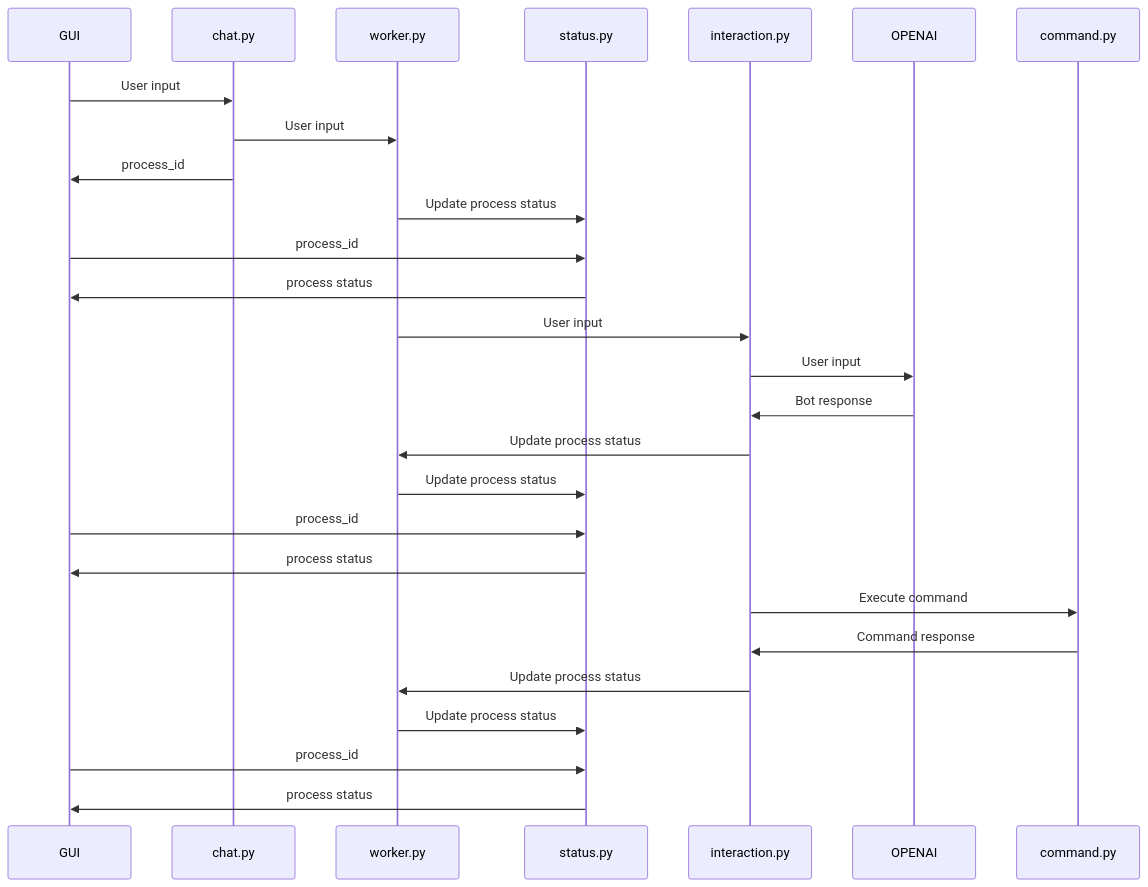
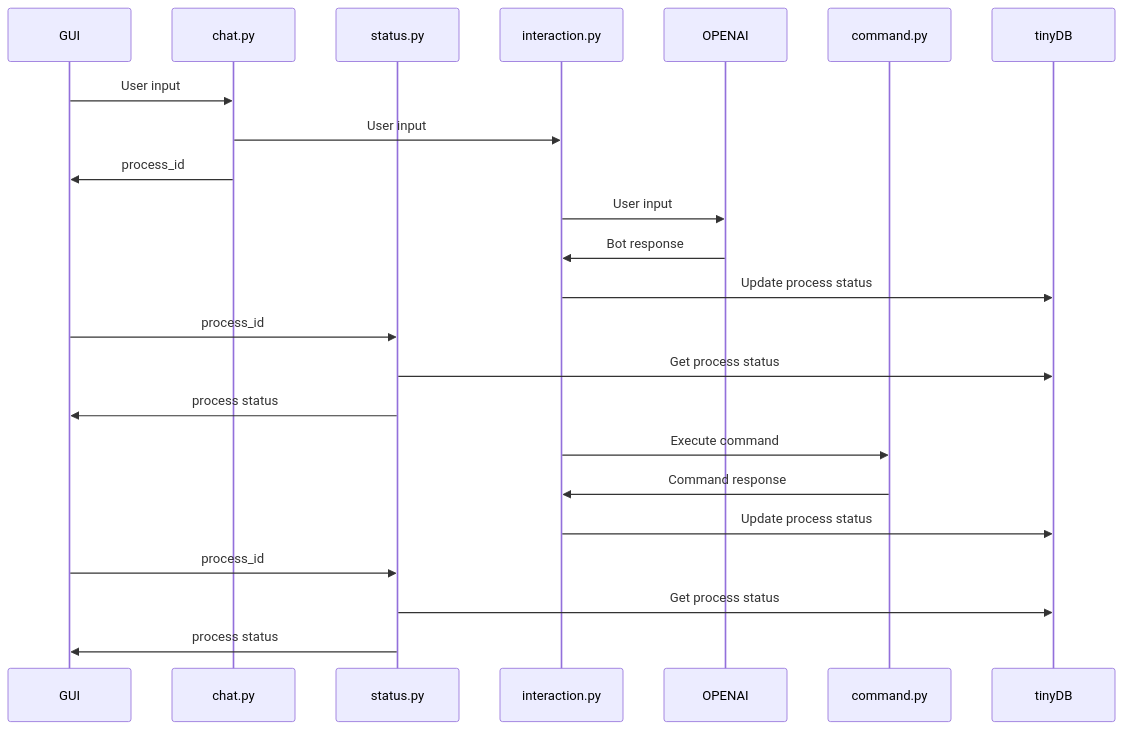
The second of 2 diagrams in diagram/api.md (Just253/Levus), drawn with Mermaid before and after one commit.

Commit message:
refactor: Update sequenceDiagram

````diff
--- a/diagram/api.md
+++ b/diagram/api.md
@@ -57,34 +57,30 @@
 ```mermaid
 sequenceDiagram
     participant GUI
     participant chat.py
-    participant worker.py
     participant status.py
     participant interaction.py
     participant OPENAI
     participant command.py
+    participant tinyDB
     
     GUI->>chat.py: User input
-    chat.py->>worker.py: User input
+    chat.py->>interaction.py: User input
     chat.py->>GUI: process_id
 
-    worker.py->>status.py: Update process status
-    GUI->>status.py: process_id
-    status.py->>GUI: process status
-    worker.py->>interaction.py: User input
     interaction.py->>OPENAI: User input
     OPENAI->>interaction.py: Bot response
-    interaction.py->>worker.py: Update process status
-    worker.py->>status.py: Update process status
+    interaction.py->>tinyDB: Update process status
 
     GUI->>status.py: process_id
+    status.py->>tinyDB: Get process status
     status.py->>GUI: process status
     
     interaction.py->>command.py: Execute command
     command.py->>interaction.py: Command response
-    interaction.py->>worker.py: Update process status
-    worker.py->>status.py: Update process status
+    interaction.py->>tinyDB: Update process status
+
     GUI ->> status.py: process_id
+    status.py->>tinyDB: Get process status
     status.py->>GUI: process status
-
 ```
````
